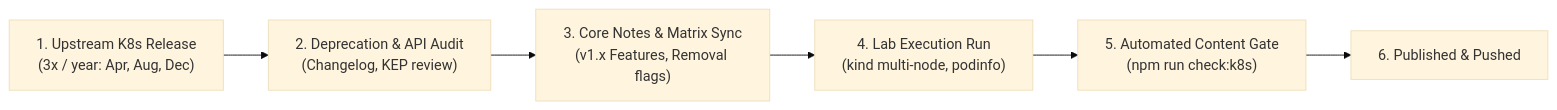
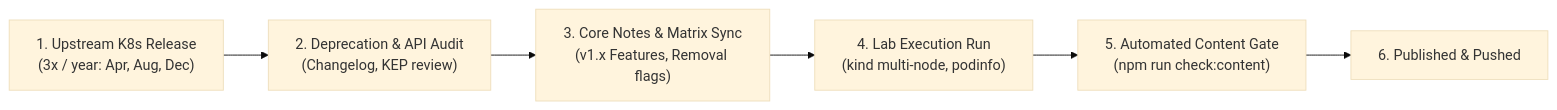
Before and after one commit to darshan-raul/cloudnative-wiki: the diagram in content/Kubernetes/MAINTENANCE.md, drawn with Mermaid (base theme). The commit also changed other lines of this file and 960 other files, not shown here.

````diff
--- a/content/Kubernetes/MAINTENANCE.md
+++ b/content/Kubernetes/MAINTENANCE.md
@@ -14,8 +14,8 @@
 ```mermaid
 flowchart LR
     Release["1. Upstream K8s Release\n(3x / year: Apr, Aug, Dec)"] --> Deprecations["2. Deprecation & API Audit\n(Changelog, KEP review)"]
     Deprecations --> NotesUpdate["3. Core Notes & Matrix Sync\n(v1.x Features, Removal flags)"]
     NotesUpdate --> LabVerify["4. Lab Execution Run\n(kind multi-node, podinfo)"]
-    LabVerify --> CIGate["5. Automated Content Gate\n(npm run check:k8s)"]
+    LabVerify --> CIGate["5. Automated Content Gate\n(npm run check:content)"]
     CIGate --> Published["6. Published & Pushed"]
 ```
````
